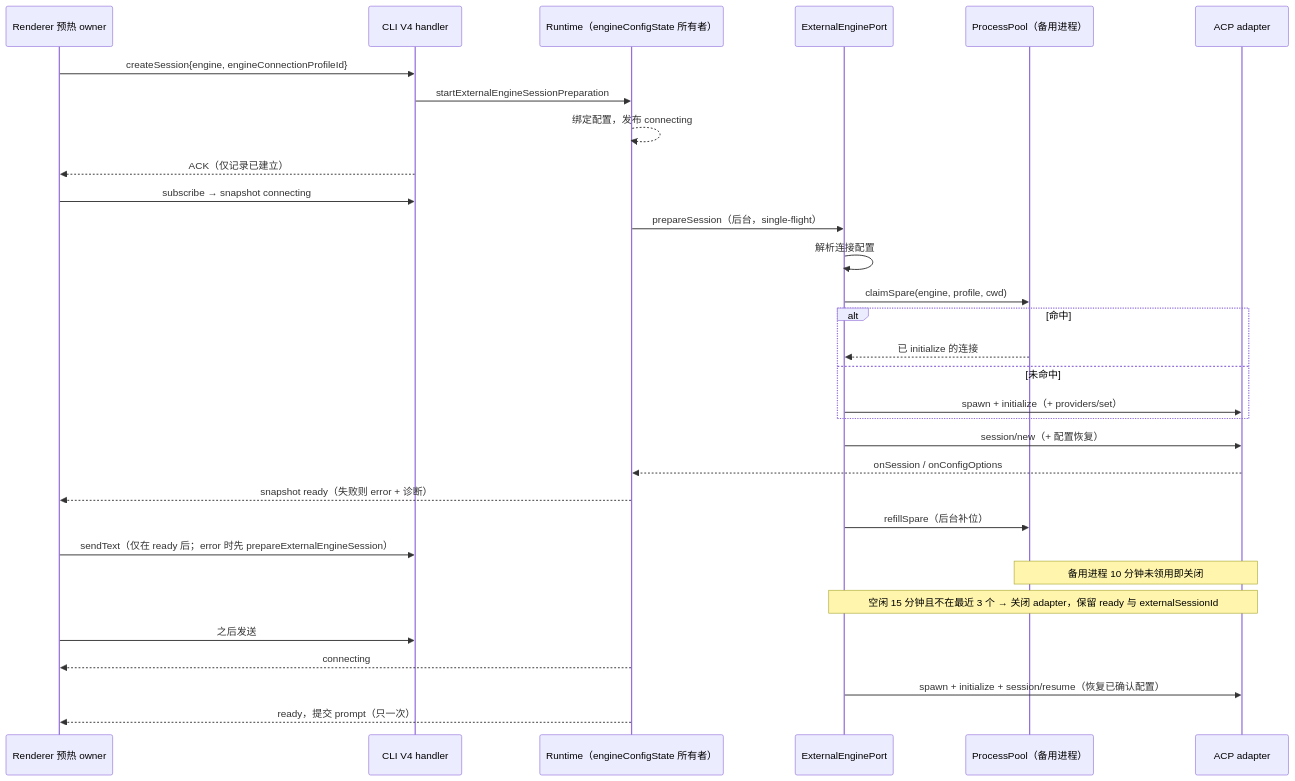
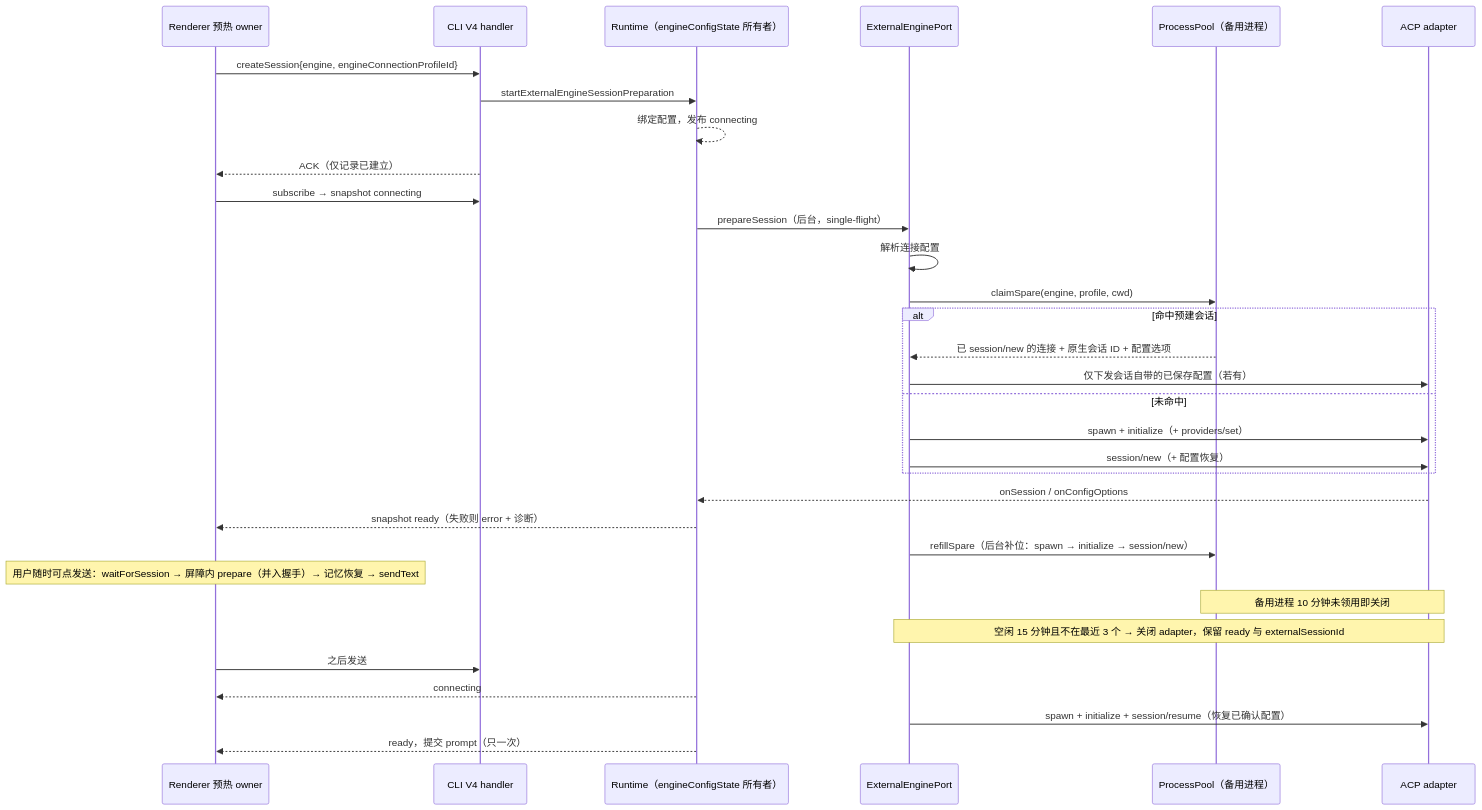
The first of 15 diagrams in docs/desktop/external-agent-engines-spec.md (OpenX123/ZCode), drawn with Mermaid before and after one commit. The commit also changed other lines of this file and 28 other files, not shown here.

First line of the commit message:
feat(external-engine): 外部引擎草稿打开即可发送，预建会话使就绪进入 1s

````diff
--- a/docs/desktop/external-agent-engines-spec.md
+++ b/docs/desktop/external-agent-engines-spec.md
@@ -72,33 +80,34 @@
 ```mermaid
 sequenceDiagram
   participant UI as Renderer 预热 owner
   participant V4 as CLI V4 handler
   participant R as Runtime（engineConfigState 所有者）
   participant P as ExternalEnginePort
   participant S as ProcessPool（备用进程）
   participant A as ACP adapter
   UI->>V4: createSession{engine, engineConnectionProfileId}
   V4->>R: startExternalEngineSessionPreparation
   R-->>R: 绑定配置，发布 connecting
   V4-->>UI: ACK（仅记录已建立）
   UI->>V4: subscribe → snapshot connecting
   R->>P: prepareSession（后台，single-flight）
   P->>P: 解析连接配置
   P->>S: claimSpare(engine, profile, cwd)
-  alt 命中
-    S-->>P: 已 initialize 的连接
+  alt 命中预建会话
+    S-->>P: 已 session/new 的连接 + 原生会话 ID + 配置选项
+    P->>A: 仅下发会话自带的已保存配置（若有）
   else 未命中
     P->>A: spawn + initialize（+ providers/set）
+    P->>A: session/new（+ 配置恢复）
   end
-  P->>A: session/new（+ 配置恢复）
   A-->>R: onSession / onConfigOptions
   R-->>UI: snapshot ready（失败则 error + 诊断）
-  P->>S: refillSpare（后台补位）
-  UI->>V4: sendText（仅在 ready 后；error 时先 prepareExternalEngineSession）
+  P->>S: refillSpare（后台补位：spawn → initialize → session/new）
+  Note over UI: 用户随时可点发送：waitForSession → 屏障内 prepare（并入握手）→ 记忆恢复 → sendText
   Note over S,A: 备用进程 10 分钟未领用即关闭
   Note over P,A: 空闲 15 分钟且不在最近 3 个 → 关闭 adapter，保留 ready 与 externalSessionId
   UI->>V4: 之后发送
   R-->>UI: connecting
   P->>A: spawn + initialize + session/resume（恢复已确认配置）
   R-->>UI: ready，提交 prompt（只一次）
 ```
````
